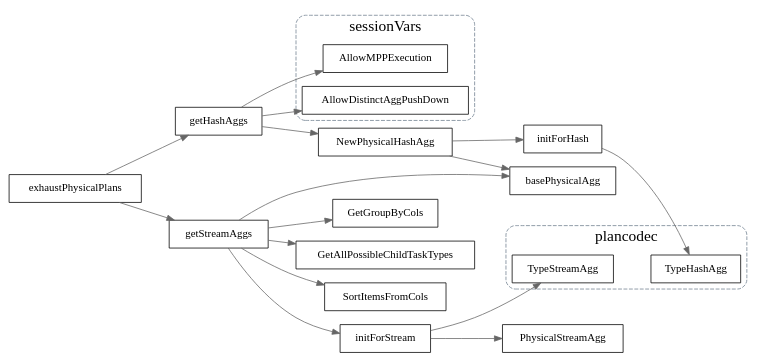
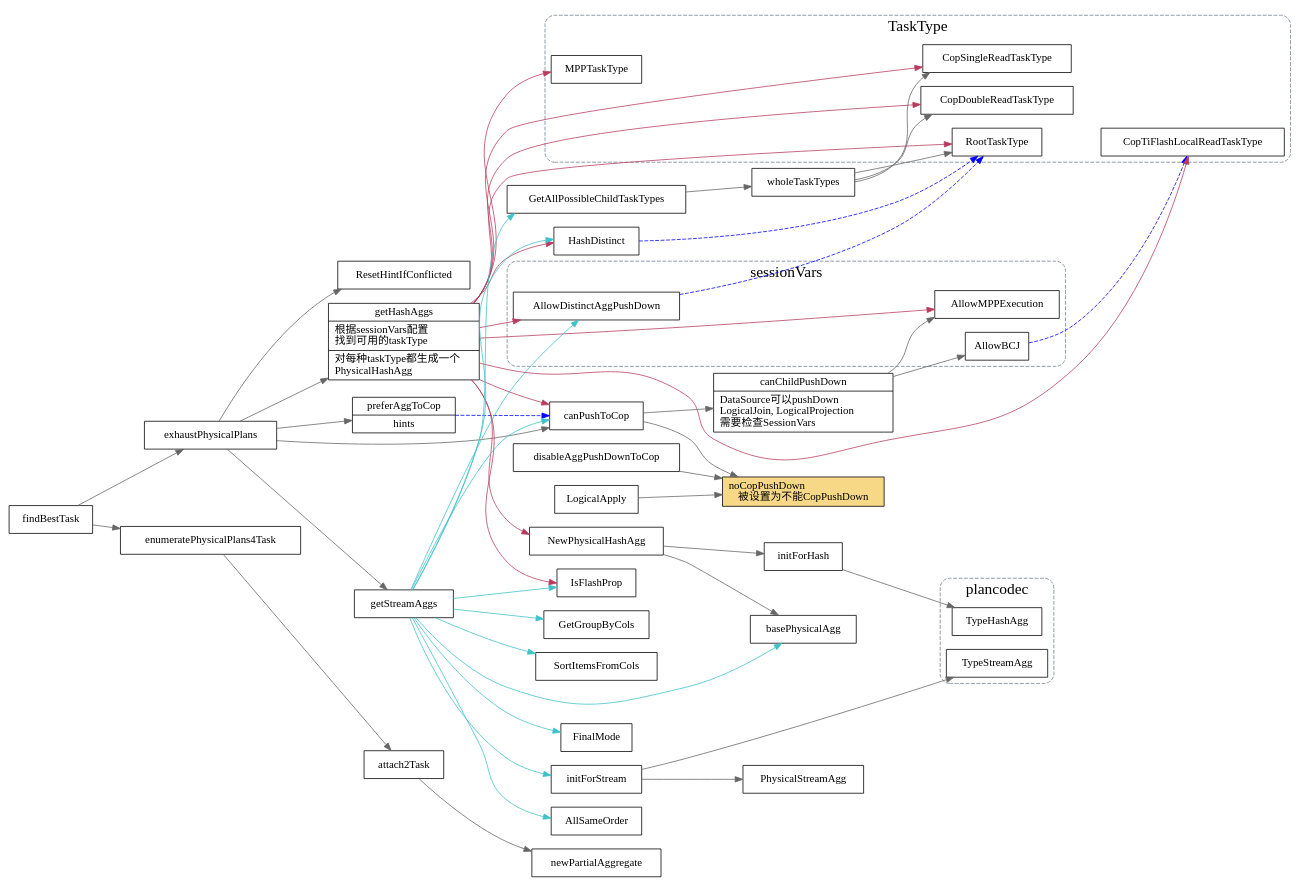
The diagram in src/tidb/dot/agg_exhaustPhysicalPlans.dot (xieyu/blog), drawn with Graphviz before and after one commit. The commit also changed 35 other files, not shown here.

Commit message:
add note about hash agg

```diff
--- a/src/tidb/dot/agg_exhaustPhysicalPlans.dot
+++ b/src/tidb/dot/agg_exhaustPhysicalPlans.dot
@@ -1,43 +1,138 @@
 digraph exhaustPhysicalPlans {
   node[shape=box];
   edge[color=gray40];
   newrank=true;
   rankdir=LR;
   subgraph cluster_sessionVars {
     graph[label="sessionVars";fontsize=20;style="rounded,dashed";color="slategrey"]
+    AllowBCJ;
     AllowMPPExecution;
     AllowDistinctAggPushDown;
   }
+
+  subgraph cluster_TaskType {
+    graph[label="TaskType";fontsize=20;style="rounded,dashed";color="slategrey"]
+    CopSingleReadTaskType;
+    CopDoubleReadTaskType;
+    CopTiFlashLocalReadTaskType;
+    MPPTaskType
+    RootTaskType;
+  }
   subgraph cluster_plancodec {
     graph[label="plancodec";fontsize=20;style="rounded,dashed";color="slategrey"]
-    TypeStreamAgg;
-    TypeHashAgg;
+    {rank=same; TypeStreamAgg;TypeHashAgg};
   }
+  noCopPushDown[
+    shape=record;
+    style=filled;
+    fillcolor="#f6d887";
+    label="{{
+      noCopPushDown\l
+      被设置为不能CopPushDown
+    }}"
+  ];
+  canChildPushDown[
+    shape="record";
+    label="{{
+      canChildPushDown|
+      DataSource可以pushDown\l
+      LogicalJoin, LogicalProjection\l
+      需要检查SessionVars\l
+    }}"];
+  preferAggToCop[
+    shape="record";
+    label="{{
+      preferAggToCop|
+      hints
+    }}"];
+  disableAggPushDownToCop -> noCopPushDown;
+  LogicalApply -> noCopPushDown;
+  findBestTask -> {
+    exhaustPhysicalPlans;
+    enumeratePhysicalPlans4Task;
+  }
+  enumeratePhysicalPlans4Task -> {
+    attach2Task;
+  }
+  attach2Task -> newPartialAggregate;
 
   exhaustPhysicalPlans -> {
     getHashAggs;
     getStreamAggs;
+    preferAggToCop;
+    canPushToCop;
+    ResetHintIfConflicted;
   }
+  canPushToCop -> {
+    canChildPushDown;
+    noCopPushDown;
+  }
+  canChildPushDown -> {
+    AllowBCJ;
+    AllowMPPExecution;
+  }
+
+  getHashAggs[
+    shape="record";
+    label="{{
+      getHashAggs|
+      根据sessionVars配置\l
+      找到可用的taskType\l|
+      对每种taskType都生成一个\l
+      PhysicalHashAgg\l
+    }}"];
+
+
   getHashAggs -> {
     AllowMPPExecution;
     AllowDistinctAggPushDown;
     NewPhysicalHashAgg;
-  }
+    IsFlashProp;
+    HashDistinct;
+    canPushToCop;
+    CopSingleReadTaskType;
+    CopDoubleReadTaskType;
+    CopTiFlashLocalReadTaskType;
+    MPPTaskType;
+    RootTaskType;
+  } [color="#b83b5e"];
+
   NewPhysicalHashAgg -> {
     basePhysicalAgg;
     initForHash;
   }
   initForHash -> TypeHashAgg;
 
   getStreamAggs -> {
+    IsFlashProp;
+    AllSameOrder;
     GetGroupByCols;
     GetAllPossibleChildTaskTypes;
     SortItemsFromCols;
     basePhysicalAgg;
     initForStream;
+    FinalMode;
+    canPushToCop;
+    HashDistinct;
+    AllowDistinctAggPushDown;
+  }[color="#3fc1c9"];
+
+  GetAllPossibleChildTaskTypes -> {
+    wholeTaskTypes;
   }
+  wholeTaskTypes -> {
+    CopSingleReadTaskType,
+    CopDoubleReadTaskType,
+    RootTaskType;
+  }
+
   initForStream -> {
     PhysicalStreamAgg;
     TypeStreamAgg;
   }
+
+  edge[style=dashed;color=blue]
+  preferAggToCop -> canPushToCop;
+  {AllowDistinctAggPushDown; HashDistinct}-> RootTaskType;
+  AllowBCJ -> CopTiFlashLocalReadTaskType;
 }
```
